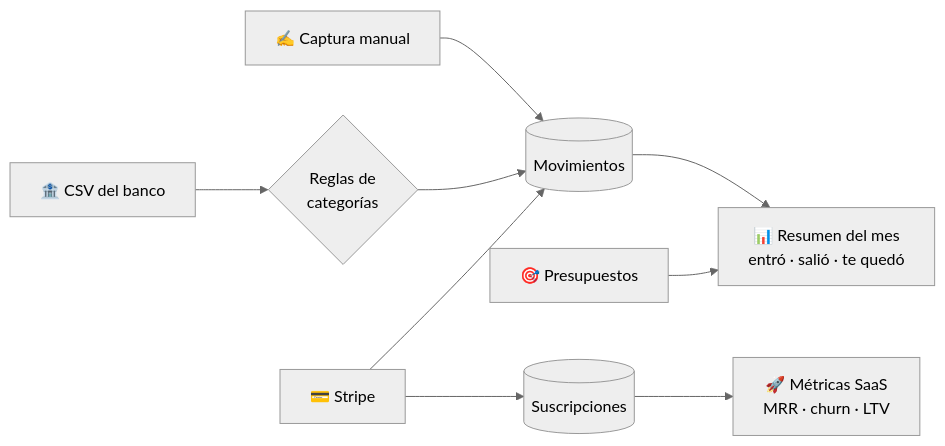
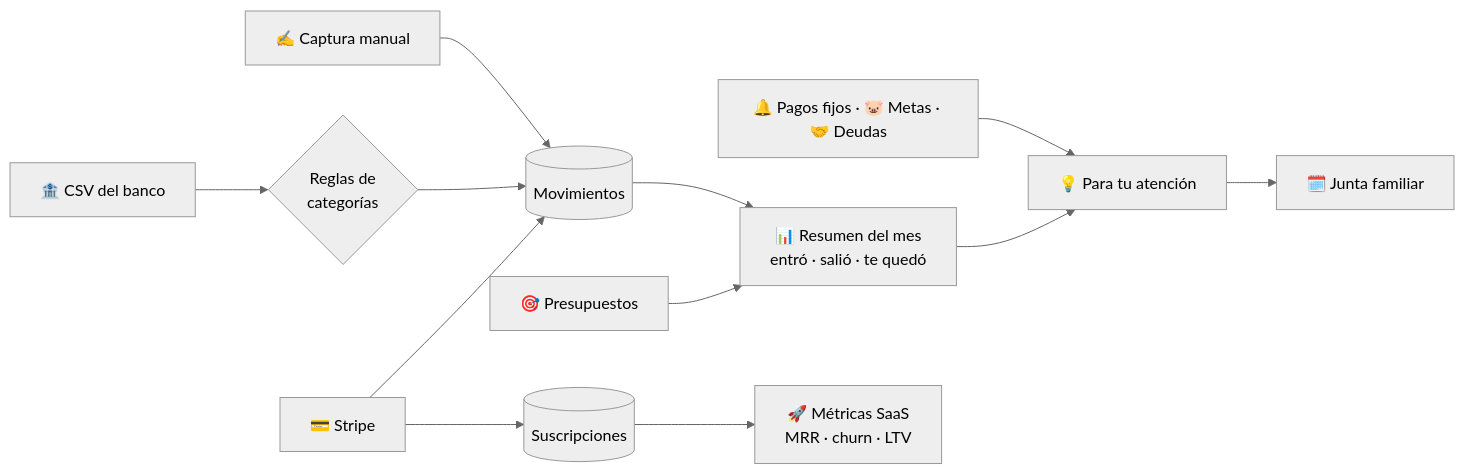
One commit to isransd-pixel/Nyre changed the diagram in README.md. Above: the diagram before and after it, drawn with Mermaid (neutral theme). The commit also changed other lines of this file and 50 other files, not shown here.

````diff
--- a/README.md
+++ b/README.md
@@ -23,10 +30,13 @@
 ```mermaid
 flowchart LR
     A[✍️ Captura manual] --> M[(Movimientos)]
     B[🏦 CSV del banco] --> R{Reglas de<br/>categorías} --> M
     C[💳 Stripe] --> M
     C --> S[(Suscripciones)]
     M --> D[📊 Resumen del mes<br/>entró · salió · te quedó]
     P[🎯 Presupuestos] --> D
+    F[🔔 Pagos fijos · 🐷 Metas · 🤝 Deudas] --> T[💡 Para tu atención]
+    D --> T
+    T --> J[🗓️ Junta familiar]
     S --> K[🚀 Métricas SaaS<br/>MRR · churn · LTV]
 ```
````
